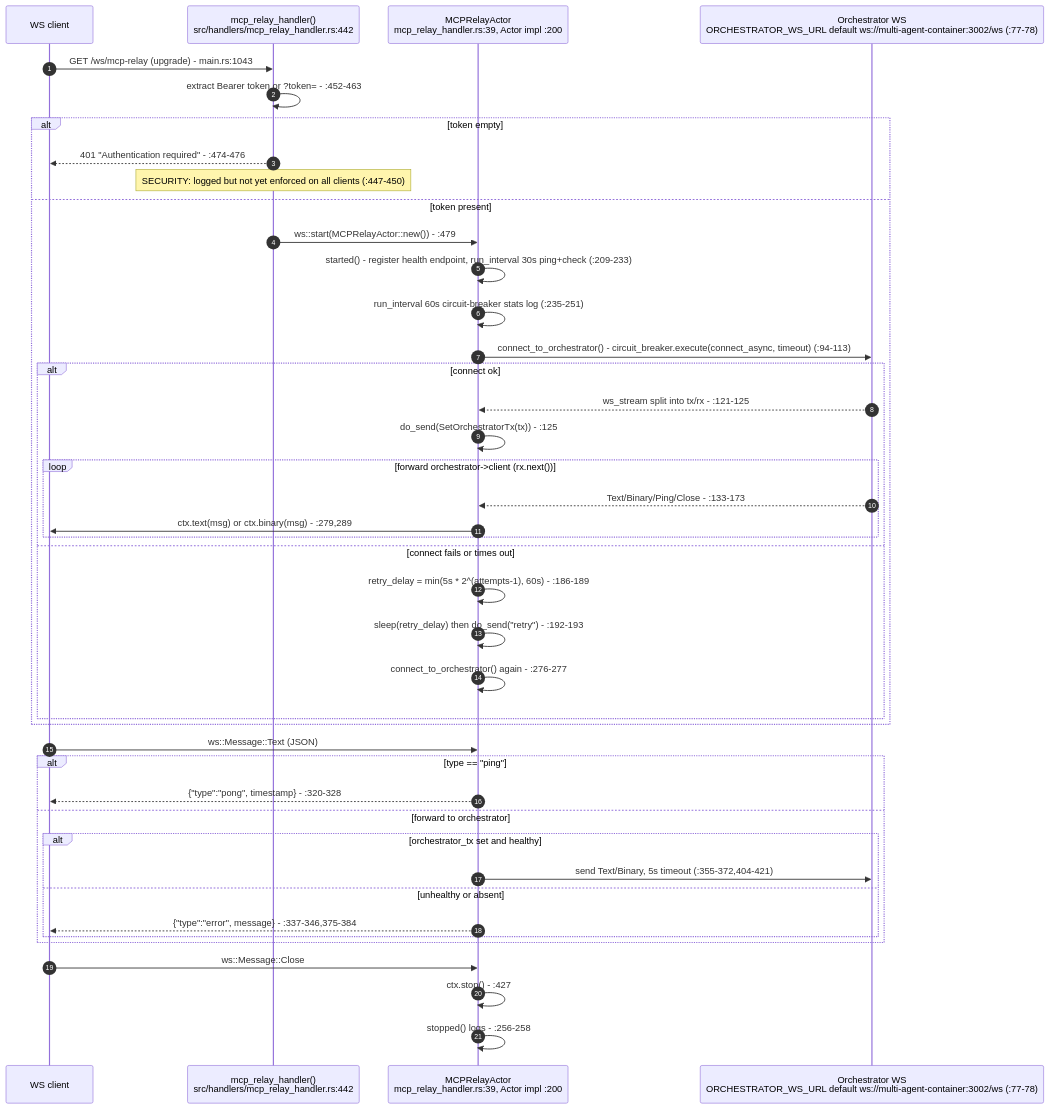
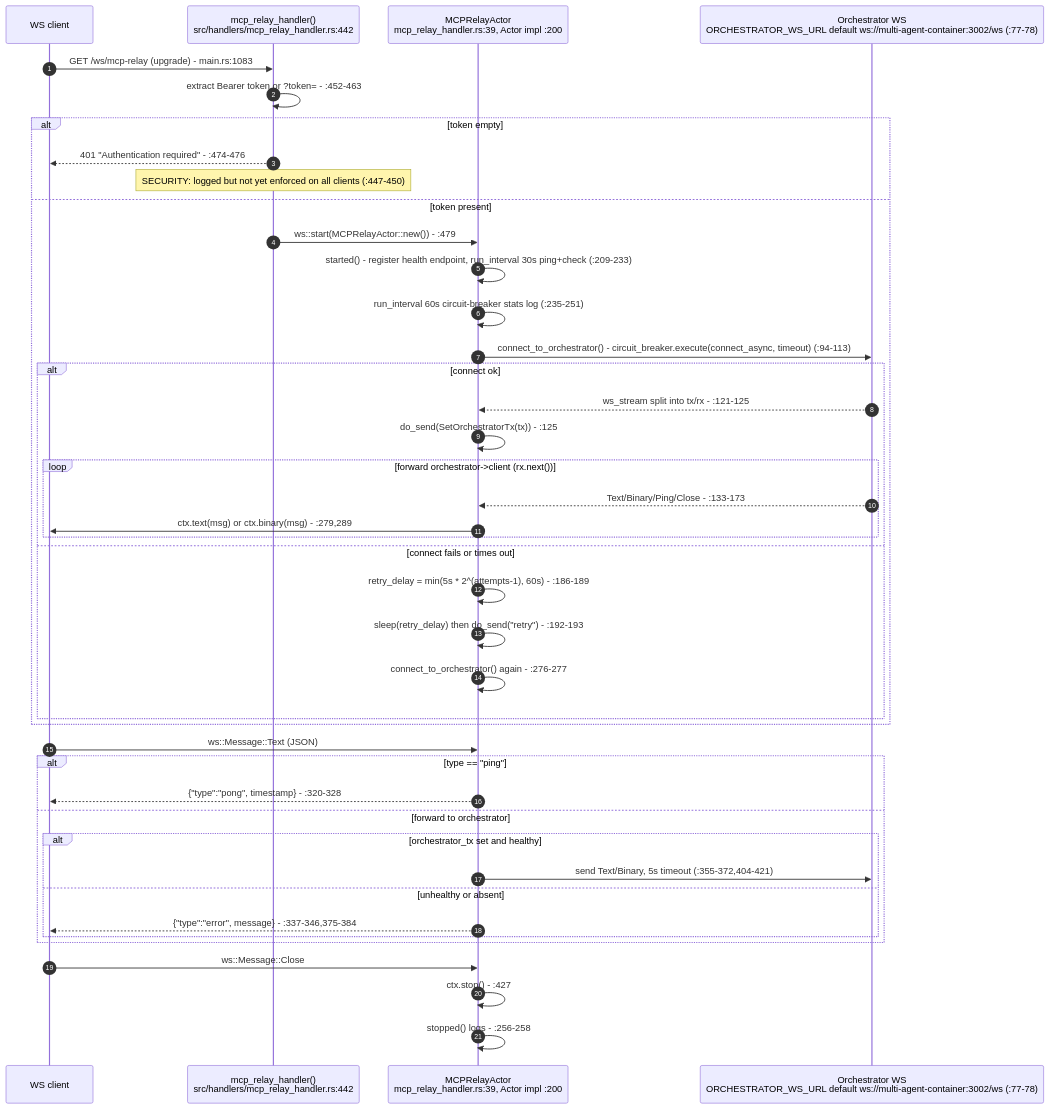
Before and after one commit to DreamLab-AI/VisionFlow: the third of 10 diagrams in docs/diagrams/visionclaw/27-agent-integration-mcp-relay.md, drawn with Mermaid. The commit also changed other lines of this file and 136 other files, not shown here.

First line of the commit message:
docs(diagrams): refresh the whole corpus to code HEAD and prune low-value diagrams

````diff
--- a/docs/diagrams/visionclaw/27-agent-integration-mcp-relay.md
+++ b/docs/diagrams/visionclaw/27-agent-integration-mcp-relay.md
@@ -119,45 +117,45 @@
 ```mermaid
 sequenceDiagram
     autonumber
     participant Client as WS client
     participant H as mcp_relay_handler()<br/>src/handlers/mcp_relay_handler.rs:442
     participant A as MCPRelayActor<br/>mcp_relay_handler.rs:39, Actor impl :200
     participant O as Orchestrator WS<br/>ORCHESTRATOR_WS_URL default ws://multi-agent-container:3002/ws (:77-78)
 
-    Client->>H: GET /ws/mcp-relay (upgrade) - main.rs:1043
+    Client->>H: GET /ws/mcp-relay (upgrade) - main.rs:1083
     H->>H: extract Bearer token or ?token= - :452-463
     alt token empty
         H-->>Client: 401 "Authentication required" - :474-476
         Note over H: SECURITY: logged but not yet enforced on all clients (:447-450)
     else token present
         H->>A: ws::start(MCPRelayActor::new()) - :479
         A->>A: started() - register health endpoint, run_interval 30s ping+check (:209-233)
         A->>A: run_interval 60s circuit-breaker stats log (:235-251)
         A->>O: connect_to_orchestrator() - circuit_breaker.execute(connect_async, timeout) (:94-113)
         alt connect ok
             O-->>A: ws_stream split into tx/rx - :121-125
             A->>A: do_send(SetOrchestratorTx(tx)) - :125
             loop forward orchestrator->client (rx.next())
                 O-->>A: Text/Binary/Ping/Close - :133-173
                 A->>Client: ctx.text(msg) or ctx.binary(msg) - :279,289
             end
         else connect fails or times out
             A->>A: retry_delay = min(5s * 2^(attempts-1), 60s) - :186-189
             A->>A: sleep(retry_delay) then do_send("retry") - :192-193
             A->>A: connect_to_orchestrator() again - :276-277
         end
     end
     Client->>A: ws::Message::Text (JSON)
     alt type == "ping"
         A-->>Client: {"type":"pong", timestamp} - :320-328
     else forward to orchestrator
         alt orchestrator_tx set and healthy
             A->>O: send Text/Binary, 5s timeout (:355-372,404-421)
         else unhealthy or absent
             A-->>Client: {"type":"error", message} - :337-346,375-384
         end
     end
     Client->>A: ws::Message::Close
     A->>A: ctx.stop() - :427
     A->>A: stopped() logs - :256-258
 ```
````
